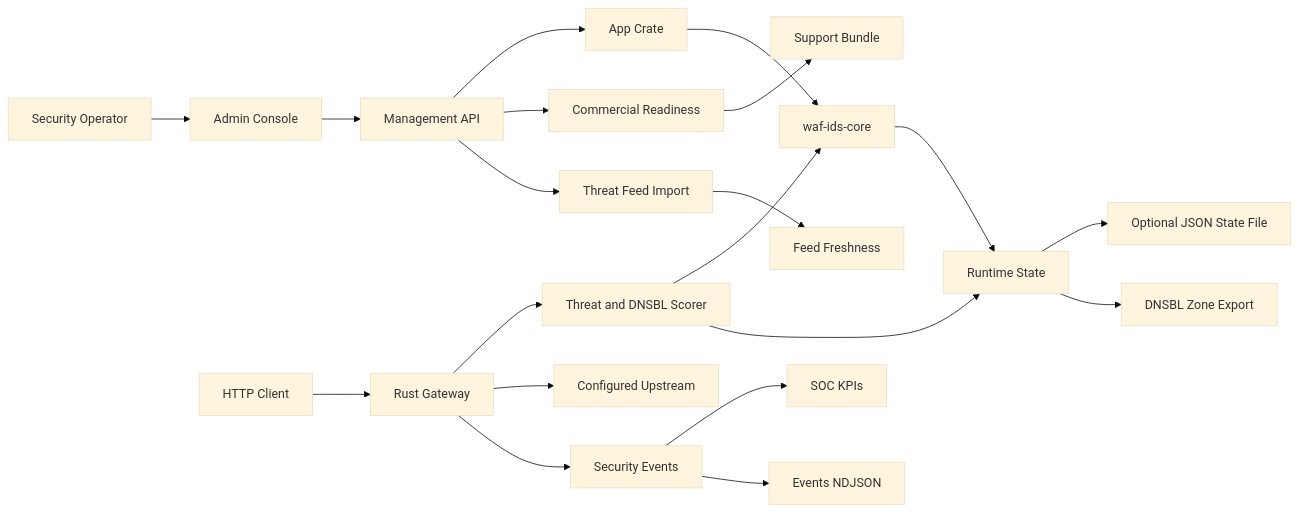
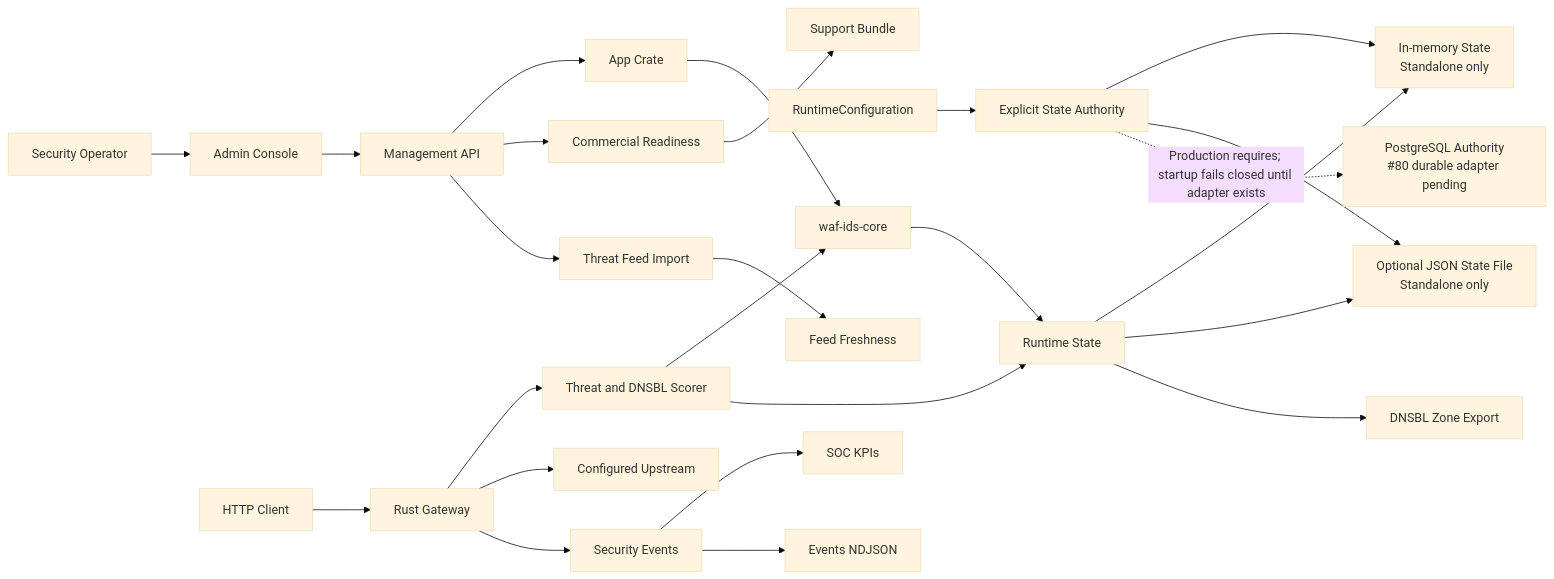
The diagram in docs/architecture.md (ContextualWisdomLab/wardnet), drawn with Mermaid (base theme) before and after one commit. The commit also changed other lines of this file, not shown here.

Commit message:
docs(state): document production authority boundary

````diff
--- a/docs/architecture.md
+++ b/docs/architecture.md
@@ -5,22 +5,27 @@
 ```mermaid
 flowchart LR
   operator["Security Operator"] --> admin["Admin Console"]
   admin --> api["Management API"]
   api --> app["App Crate"]
   app --> core["waf-ids-core"]
   core --> state["Runtime State"]
-  state --> file["Optional JSON State File"]
+  state --> memory["In-memory State\nStandalone only"]
+  state --> file["Optional JSON State File\nStandalone only"]
+  runtime["RuntimeConfiguration"] --> authority["Explicit State Authority"]
+  authority --> memory
+  authority --> file
+  authority -. "Production requires; startup fails closed until adapter exists" .-> postgres["PostgreSQL Authority\n#80 durable adapter pending"]
   client["HTTP Client"] --> gateway["Rust Gateway"]
   gateway --> scorer["Threat and DNSBL Scorer"]
   scorer --> core
   scorer --> state
   gateway --> upstream["Configured Upstream"]
   gateway --> events["Security Events"]
   events --> kpis["SOC KPIs"]
   events --> eventExport["Events NDJSON"]
   state --> zone["DNSBL Zone Export"]
   api --> commercial["Commercial Readiness"]
   api --> feeds["Threat Feed Import"]
   feeds --> freshness["Feed Freshness"]
   commercial --> bundle["Support Bundle"]
 ```
````
